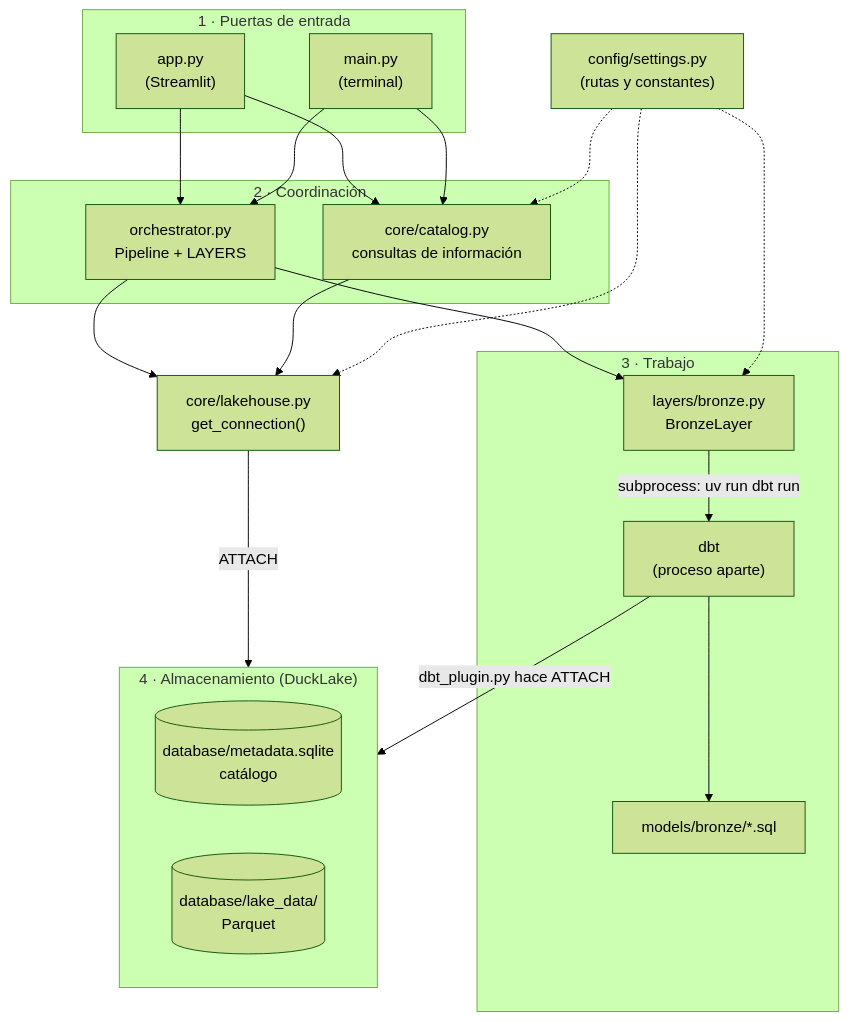
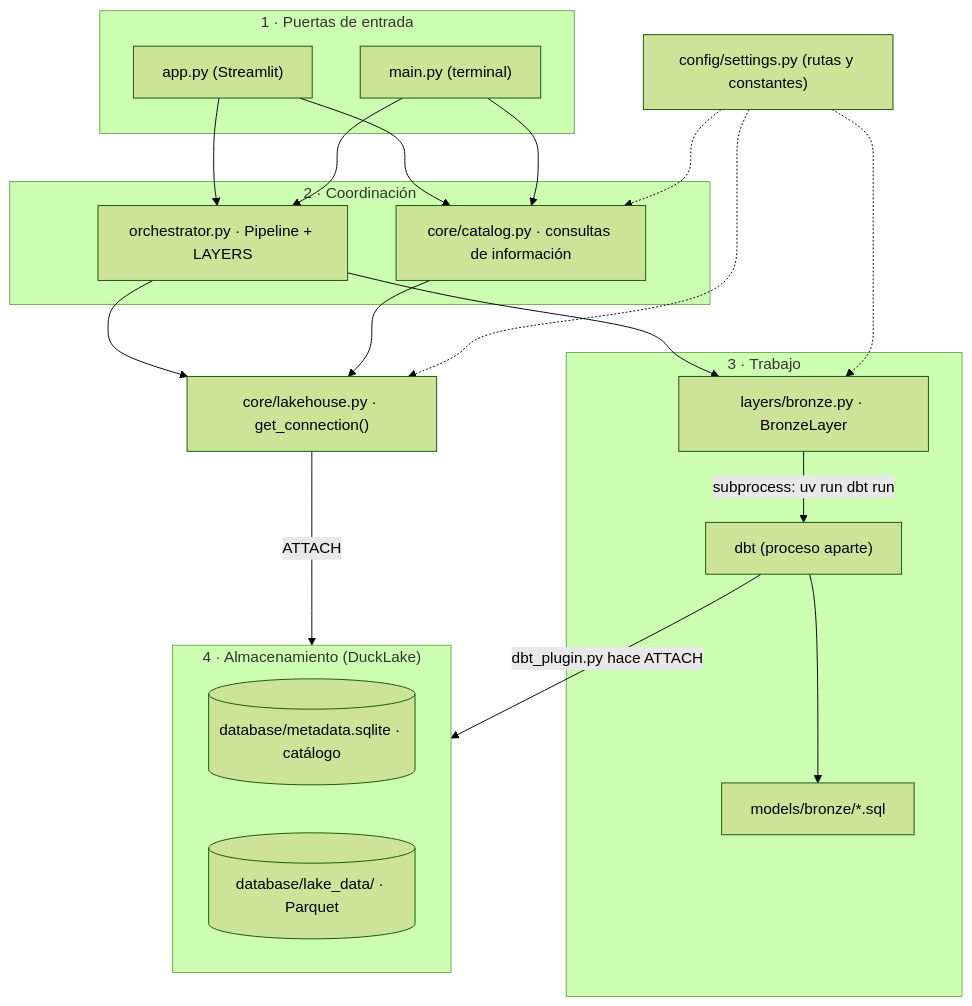
The first of 8 diagrams in GUIA_DEL_CODIGO.md (dataeng-dev/Data_Architecture), drawn with Mermaid (forest theme) before and after one commit. The commit also changed other lines of this file and 1 other file, not shown here.

````diff
--- a/GUIA_DEL_CODIGO.md
+++ b/GUIA_DEL_CODIGO.md
@@ -53,37 +53,37 @@
 ```mermaid
 flowchart TB
   subgraph E["1 · Puertas de entrada"]
-    APP["app.py<br/>(Streamlit)"]
-    CLI["main.py<br/>(terminal)"]
+    APP["app.py (Streamlit)"]
+    CLI["main.py (terminal)"]
   end
   subgraph C["2 · Coordinación"]
-    ORQ["orchestrator.py<br/>Pipeline + LAYERS"]
-    CAT["core/catalog.py<br/>consultas de información"]
+    ORQ["orchestrator.py · Pipeline + LAYERS"]
+    CAT["core/catalog.py · consultas de información"]
   end
   subgraph L["3 · Trabajo"]
-    BR["layers/bronze.py<br/>BronzeLayer"]
-    DBT["dbt<br/>(proceso aparte)"]
+    BR["layers/bronze.py · BronzeLayer"]
+    DBT["dbt (proceso aparte)"]
     MOD["models/bronze/*.sql"]
   end
   subgraph S["4 · Almacenamiento (DuckLake)"]
-    SQ[("database/metadata.sqlite<br/>catálogo")]
-    PQ[("database/lake_data/<br/>Parquet")]
+    SQ[("database/metadata.sqlite · catálogo")]
+    PQ[("database/lake_data/ · Parquet")]
   end
-  CONF["config/settings.py<br/>(rutas y constantes)"]
-  CON["core/lakehouse.py<br/>get_connection()"]
+  CONF["config/settings.py (rutas y constantes)"]
+  CON["core/lakehouse.py · get_connection()"]
 
   APP --> ORQ
   APP --> CAT
   CLI --> ORQ
   CLI --> CAT
   ORQ --> CON
   ORQ --> BR
   BR -->|"subprocess: uv run dbt run"| DBT
   DBT --> MOD
   DBT -->|"dbt_plugin.py hace ATTACH"| S
   CON -->|"ATTACH"| S
   CAT --> CON
   CONF -.-> CON
   CONF -.-> BR
   CONF -.-> CAT
 ```
````
